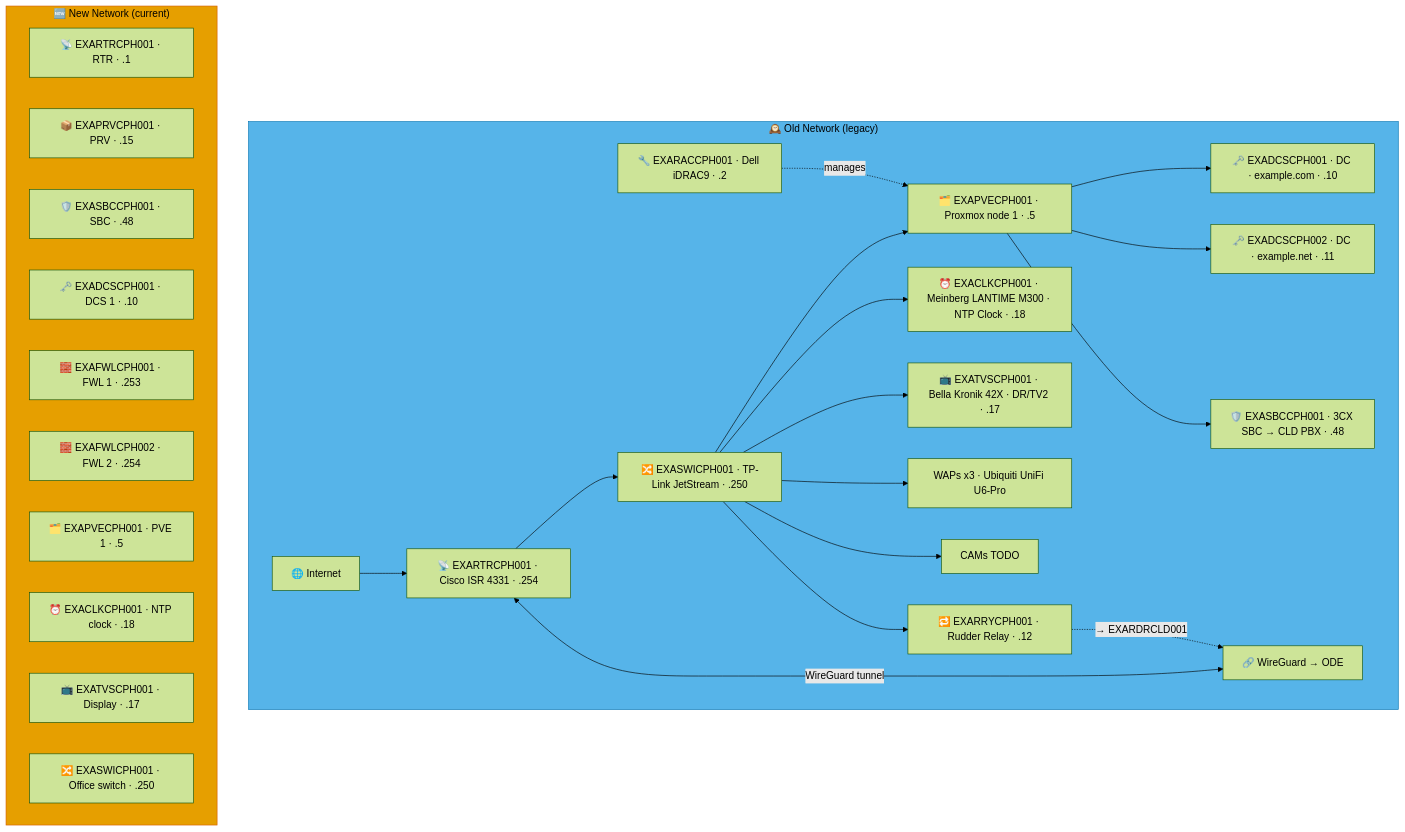
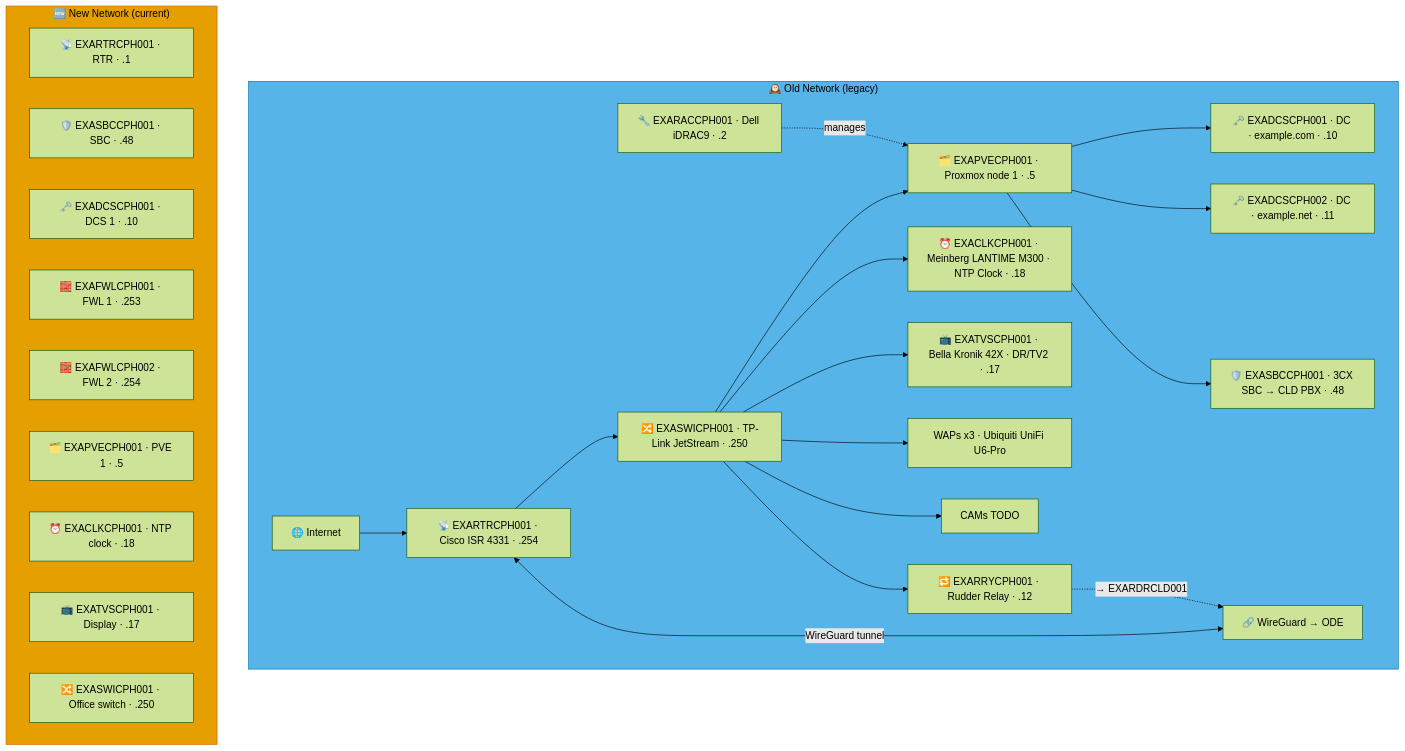
One commit to knightmare2600/example_music_infra changed the first of 9 diagrams in docs/network-diagram/danmark.md. Above: the diagram before and after it, drawn with Mermaid (forest theme). The commit also changed other lines of this file and 55 other files, not shown here.

````diff
--- a/docs/network-diagram/danmark.md
+++ b/docs/network-diagram/danmark.md
@@ -16,44 +16,43 @@
 ```mermaid
 graph TD
     subgraph OLD_CPH ["🕰️ Old Network (legacy)"]
       INET["🌐 Internet"]
       SW["🔀 EXASWICPH001 · TP-Link JetStream · .250"]
       RTR["📡 EXARTRCPH001 · Cisco ISR 4331 · .254"]
       RAC["🔧 EXARACCPH001 · Dell iDRAC9 · .2"]
       PVE["🗂️ EXAPVECPH001 · Proxmox node 1 · .5"]
       DC1["🗝️ EXADCSCPH001 · DC · example.com · .10"]
       DC2["🗝️ EXADCSCPH002 · DC · example.net · .11"]
       SBC["🛡️ EXASBCCPH001 · 3CX SBC → CLD PBX · .48"]
       RRY["🔁 EXARRYCPH001 · Rudder Relay · .12"]
       NTP["⏰ EXACLKCPH001 · Meinberg LANTIME M300 · NTP Clock · .18"]
       TV["📺 EXATVSCPH001 · Bella Kronik 42X · DR/TV2 · .17"]
       WAP["WAPs x3 · Ubiquiti UniFi U6-Pro"]
       CAM["CAMs TODO"]
       VPN["🔗 WireGuard → ODE"]
 
       INET --> RTR --> SW
       SW --> PVE --> DC1 & DC2 & SBC
       RAC -.->|"manages"| PVE
       SW --> NTP & TV & WAP & CAM
       RTR <-->|"WireGuard tunnel"| VPN
 
       SW --> RRY
       RRY -. "→ EXARDRCLD001" .-> VPN
     end
     style OLD_CPH fill:#56B4E9,stroke:#0072B2,color:#000000
     %% GENERATED:NEW-NETWORK:CPH:START
     subgraph NEW_CPH ["🆕 New Network (current)"]
       N_RTR["📡 EXARTRCPH001 · RTR · .1"]
-      N_PRV["📦 EXAPRVCPH001 · PRV · .15"]
       N_SBC["🛡️ EXASBCCPH001 · SBC · .48"]
       N_DCS["🗝️ EXADCSCPH001 · DCS 1 · .10"]
       N_FWL["🧱 EXAFWLCPH001 · FWL 1 · .253"]
       N_FWL2["🧱 EXAFWLCPH002 · FWL 2 · .254"]
       N_PVE["🗂️ EXAPVECPH001 · PVE 1 · .5"]
       N_CLK["⏰ EXACLKCPH001 · NTP clock · .18"]
       N_TVS["📺 EXATVSCPH001 · Display · .17"]
       N_SWI["🔀 EXASWICPH001 · Office switch · .250"]
     end
     style NEW_CPH fill:#E69F00,stroke:#D55E00,color:#000000
     %% GENERATED:NEW-NETWORK:CPH:END
 ```
````
